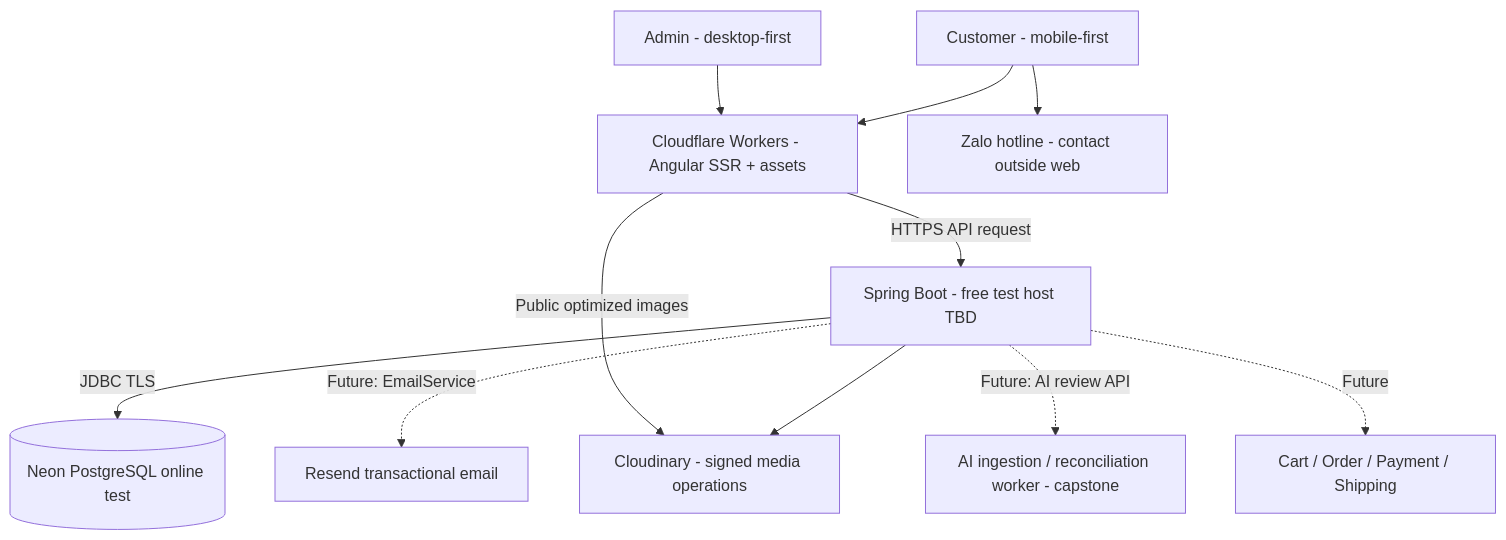
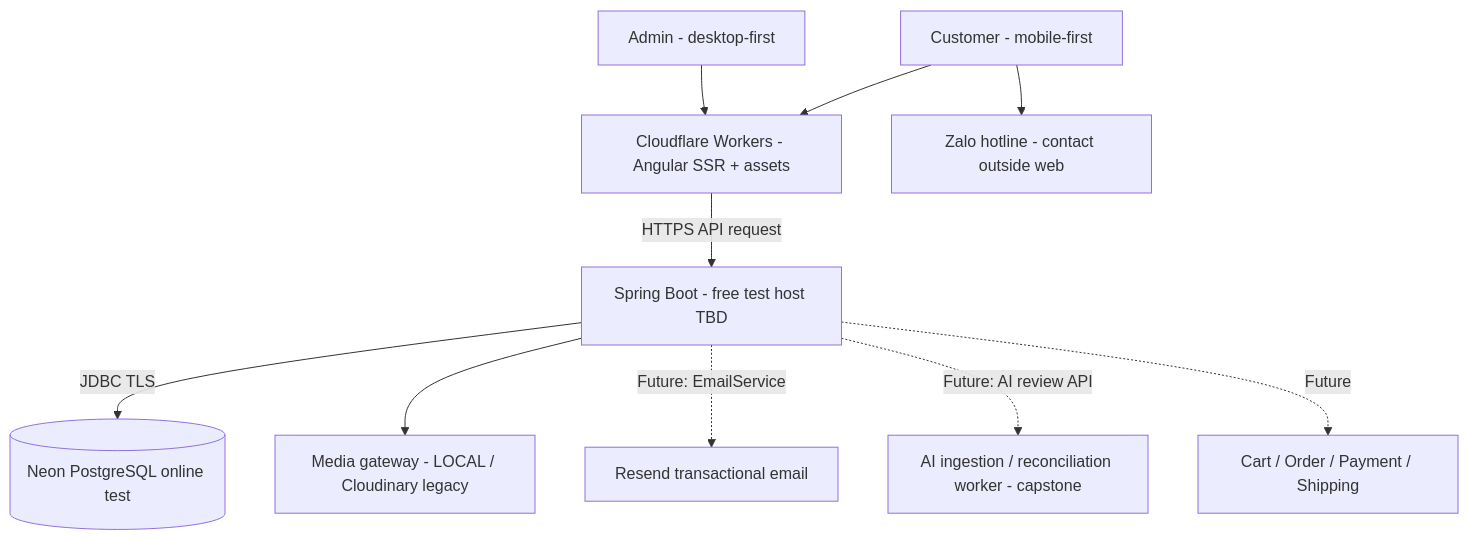
Before and after one commit to nanashi-vie/me-may: the fourth of 4 diagrams in docs/MASTER_PLAN.md, drawn with Mermaid. The commit also changed other lines of this file and 18 other files, not shown here.

````diff
--- a/docs/MASTER_PLAN.md
+++ b/docs/MASTER_PLAN.md
@@ -236,13 +236,12 @@
 ```mermaid
 flowchart TB
   C[Customer - mobile-first] --> CF[Cloudflare Workers - Angular SSR + assets]
   A[Admin - desktop-first] --> CF
   CF -->|HTTPS API request| API[Spring Boot - free test host TBD]
   API -->|JDBC TLS| DB[(Neon PostgreSQL online test)]
-  API --> MEDIA[Cloudinary - signed media operations]
-  CF -->|Public optimized images| MEDIA
+  API --> MEDIA[Media gateway - LOCAL / Cloudinary legacy]
   C --> CHAT[Zalo hotline - contact outside web]
   API -. Future: EmailService .-> EMAIL[Resend transactional email]
   API -. Future: AI review API .-> AI[AI ingestion / reconciliation worker - capstone]
   API -. Future .-> ORDER[Cart / Order / Payment / Shipping]
 ```
````
